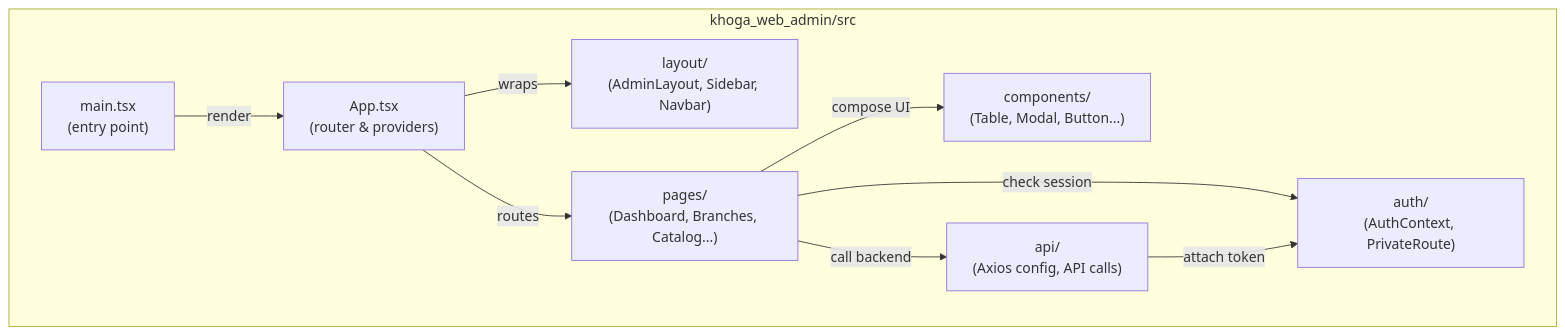
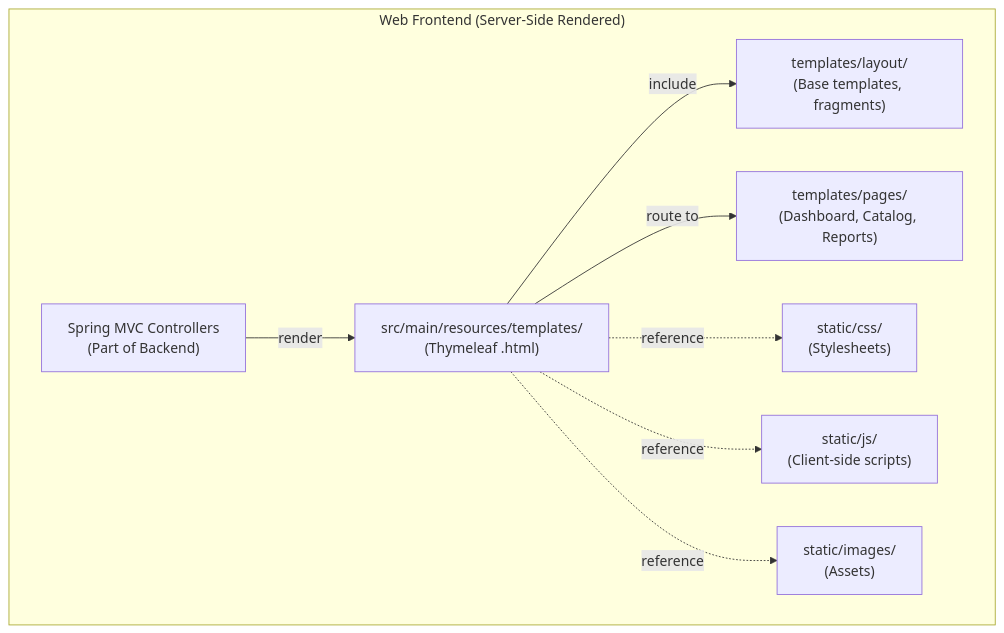
The second of 3 diagrams in docs/rds_sections/02_package_diagram.md (Shaichi/khoga_cafe), drawn with Mermaid before and after one commit. The commit also changed other lines of this file and 7 other files, not shown here.

````diff
--- a/docs/rds_sections/02_package_diagram.md
+++ b/docs/rds_sections/02_package_diagram.md
@@ -91,20 +91,19 @@
 ```mermaid
 graph TB
-    subgraph WEB_ADMIN["khoga_web_admin/src"]
-        MAIN["main.tsx<br/>(entry point)"]
-        APP["App.tsx<br/>(router & providers)"]
-        LAYOUT["layout/<br/>(AdminLayout, Sidebar, Navbar)"]
-        PAGES["pages/<br/>(Dashboard, Branches, Catalog...)"]
-        COMPONENTS["components/<br/>(Table, Modal, Button...)"]
-        API["api/<br/>(Axios config, API calls)"]
-        AUTH_WEB["auth/<br/>(AuthContext, PrivateRoute)"]
+    subgraph WEB_ADMIN["Web Frontend (Server-Side Rendered)"]
+        CONTROLLERS["Spring MVC Controllers<br/>(Part of Backend)"]
+        TEMPLATES["src/main/resources/templates/<br/>(Thymeleaf .html)"]
+        LAYOUTS["templates/layout/<br/>(Base templates, fragments)"]
+        PAGES["templates/pages/<br/>(Dashboard, Catalog, Reports)"]
+        STATIC_CSS["static/css/<br/>(Stylesheets)"]
+        STATIC_JS["static/js/<br/>(Client-side scripts)"]
+        STATIC_IMG["static/images/<br/>(Assets)"]
 
-        MAIN -->|render| APP
-        APP -->|wraps| LAYOUT
-        APP -->|routes| PAGES
-        PAGES -->|compose UI| COMPONENTS
-        PAGES -->|call backend| API
-        PAGES -->|check session| AUTH_WEB
-        API -->|attach token| AUTH_WEB
+        CONTROLLERS -->|render| TEMPLATES
+        TEMPLATES -->|include| LAYOUTS
+        TEMPLATES -->|route to| PAGES
+        TEMPLATES -.->|reference| STATIC_CSS
+        TEMPLATES -.->|reference| STATIC_JS
+        TEMPLATES -.->|reference| STATIC_IMG
     end
 ```
````
